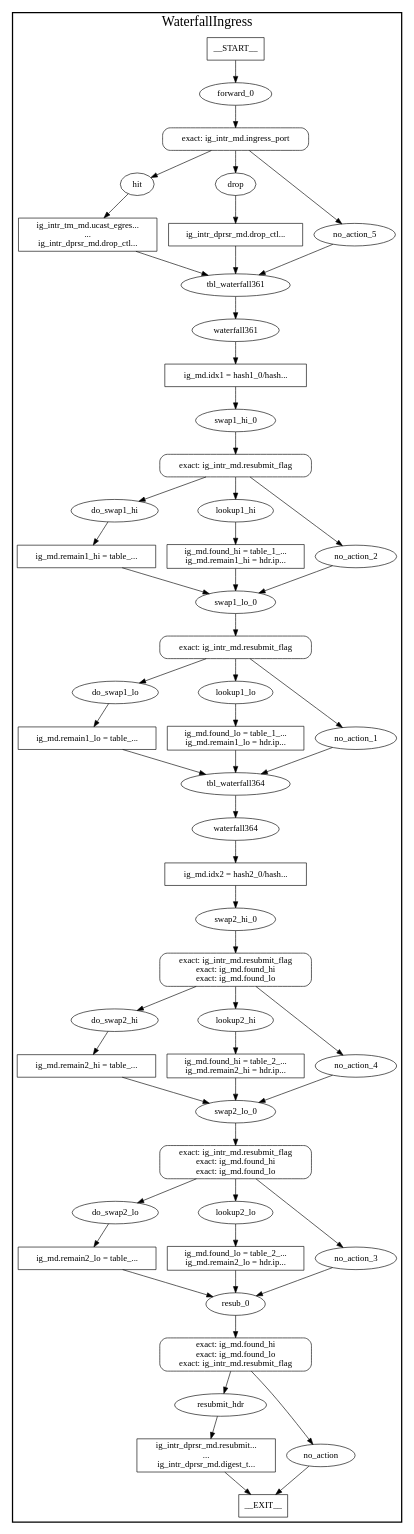
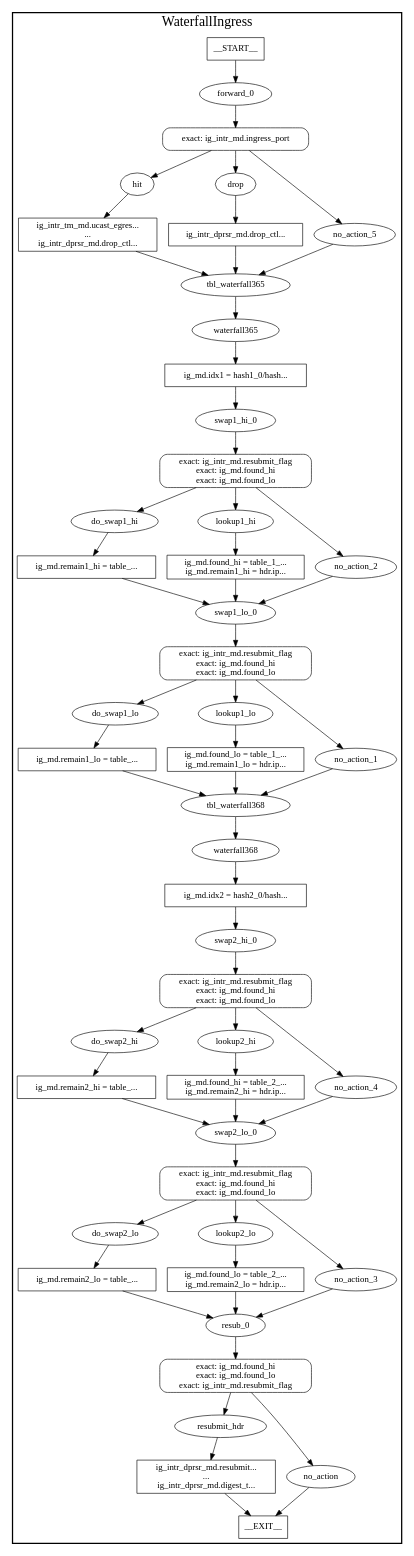
The diagram in waterfall-fcm-srctuple/waterfall_fcm/tofino/pipe/graphs/WaterfallIngress.dot (joepboumans/waterfall-table), drawn with Graphviz before and after one commit. The commit also changed 36 other files, not shown here.

```diff
--- a/waterfall-fcm-srctuple/waterfall_fcm/tofino/pipe/graphs/WaterfallIngress.dot
+++ b/waterfall-fcm-srctuple/waterfall_fcm/tofino/pipe/graphs/WaterfallIngress.dot
@@ -1,112 +1,112 @@
 digraph WaterfallIngress {
 subgraph cluster {
 graph [
 fontsize="22pt", label=WaterfallIngress, style=bold];
 0[label=__START__, margin="", shape=rectangle, style=solid];
 1[label=__EXIT__, margin="", shape=rectangle, style=solid];
 2[label=forward_0, margin="", shape=ellipse, style=solid];
 3[label="exact: ig_intr_md.ingress_port\n", margin="", shape=rectangle, style=rounded];
 4[label=hit, margin="", shape=ellipse, style=solid];
 5[label="ig_intr_tm_md.ucast_egres...\n...\nig_intr_dprsr_md.drop_ctl...", margin="", shape=rectangle, style=solid];
 6[label=drop, margin="", shape=ellipse, style=solid];
 7[label="ig_intr_dprsr_md.drop_ctl...", margin="", shape=rectangle, style=solid];
 8[label=no_action_5, margin="", shape=ellipse, style=solid];
-9[label=tbl_waterfall361, margin="", shape=ellipse, style=solid];
-10[label=waterfall361, margin="", shape=ellipse, style=solid];
+9[label=tbl_waterfall365, margin="", shape=ellipse, style=solid];
+10[label=waterfall365, margin="", shape=ellipse, style=solid];
 11[label="ig_md.idx1 = hash1_0/hash...", margin="", shape=rectangle, style=solid];
 12[label=swap1_hi_0, margin="", shape=ellipse, style=solid];
-13[label="exact: ig_intr_md.resubmit_flag\n", margin="", shape=rectangle, style=rounded];
+13[label="exact: ig_intr_md.resubmit_flag\nexact: ig_md.found_hi\nexact: ig_md.found_lo\n", margin="", shape=rectangle, style=rounded];
 14[label=do_swap1_hi, margin="", shape=ellipse, style=solid];
 15[label="ig_md.remain1_hi = table_...", margin="", shape=rectangle, style=solid];
 16[label=lookup1_hi, margin="", shape=ellipse, style=solid];
 17[label="ig_md.found_hi = table_1_...\nig_md.remain1_hi = hdr.ip...", margin="", shape=rectangle, style=solid];
 18[label=no_action_2, margin="", shape=ellipse, style=solid];
 19[label=swap1_lo_0, margin="", shape=ellipse, style=solid];
-20[label="exact: ig_intr_md.resubmit_flag\n", margin="", shape=rectangle, style=rounded];
+20[label="exact: ig_intr_md.resubmit_flag\nexact: ig_md.found_hi\nexact: ig_md.found_lo\n", margin="", shape=rectangle, style=rounded];
 21[label=do_swap1_lo, margin="", shape=ellipse, style=solid];
 22[label="ig_md.remain1_lo = table_...", margin="", shape=rectangle, style=solid];
 23[label=lookup1_lo, margin="", shape=ellipse, style=solid];
 24[label="ig_md.found_lo = table_1_...\nig_md.remain1_lo = hdr.ip...", margin="", shape=rectangle, style=solid];
 25[label=no_action_1, margin="", shape=ellipse, style=solid];
-26[label=tbl_waterfall364, margin="", shape=ellipse, style=solid];
-27[label=waterfall364, margin="", shape=ellipse, style=solid];
+26[label=tbl_waterfall368, margin="", shape=ellipse, style=solid];
+27[label=waterfall368, margin="", shape=ellipse, style=solid];
 28[label="ig_md.idx2 = hash2_0/hash...", margin="", shape=rectangle, style=solid];
 29[label=swap2_hi_0, margin="", shape=ellipse, style=solid];
 30[label="exact: ig_intr_md.resubmit_flag\nexact: ig_md.found_hi\nexact: ig_md.found_lo\n", margin="", shape=rectangle, style=rounded];
 31[label=do_swap2_hi, margin="", shape=ellipse, style=solid];
 32[label="ig_md.remain2_hi = table_...", margin="", shape=rectangle, style=solid];
 33[label=lookup2_hi, margin="", shape=ellipse, style=solid];
 34[label="ig_md.found_hi = table_2_...\nig_md.remain2_hi = hdr.ip...", margin="", shape=rectangle, style=solid];
 35[label=no_action_4, margin="", shape=ellipse, style=solid];
 36[label=swap2_lo_0, margin="", shape=ellipse, style=solid];
 37[label="exact: ig_intr_md.resubmit_flag\nexact: ig_md.found_hi\nexact: ig_md.found_lo\n", margin="", shape=rectangle, style=rounded];
 38[label=do_swap2_lo, margin="", shape=ellipse, style=solid];
 39[label="ig_md.remain2_lo = table_...", margin="", shape=rectangle, style=solid];
 40[label=lookup2_lo, margin="", shape=ellipse, style=solid];
 41[label="ig_md.found_lo = table_2_...\nig_md.remain2_lo = hdr.ip...", margin="", shape=rectangle, style=solid];
 42[label=no_action_3, margin="", shape=ellipse, style=solid];
 43[label=resub_0, margin="", shape=ellipse, style=solid];
 44[label="exact: ig_md.found_hi\nexact: ig_md.found_lo\nexact: ig_intr_md.resubmit_flag\n", margin="", shape=rectangle, style=rounded];
 45[label=resubmit_hdr, margin="", shape=ellipse, style=solid];
 46[label="ig_intr_dprsr_md.resubmit...\n...\nig_intr_dprsr_md.digest_t...", margin="", shape=rectangle, style=solid];
 47[label=no_action, margin="", shape=ellipse, style=solid];
 0 -> 2[label=""];
 2 -> 3[label=""];
 3 -> 4[label=""];
 3 -> 6[label=""];
 3 -> 8[label=""];
 4 -> 5[label=""];
 5 -> 9[label=""];
 6 -> 7[label=""];
 7 -> 9[label=""];
 8 -> 9[label=""];
 9 -> 10[label=""];
 10 -> 11[label=""];
 11 -> 12[label=""];
 12 -> 13[label=""];
 13 -> 14[label=""];
 13 -> 16[label=""];
 13 -> 18[label=""];
 14 -> 15[label=""];
 15 -> 19[label=""];
 16 -> 17[label=""];
 17 -> 19[label=""];
 18 -> 19[label=""];
 19 -> 20[label=""];
 20 -> 21[label=""];
 20 -> 23[label=""];
 20 -> 25[label=""];
 21 -> 22[label=""];
 22 -> 26[label=""];
 23 -> 24[label=""];
 24 -> 26[label=""];
 25 -> 26[label=""];
 26 -> 27[label=""];
 27 -> 28[label=""];
 28 -> 29[label=""];
 29 -> 30[label=""];
 30 -> 31[label=""];
 30 -> 33[label=""];
 30 -> 35[label=""];
 31 -> 32[label=""];
 32 -> 36[label=""];
 33 -> 34[label=""];
 34 -> 36[label=""];
 35 -> 36[label=""];
 36 -> 37[label=""];
 37 -> 38[label=""];
 37 -> 40[label=""];
 37 -> 42[label=""];
 38 -> 39[label=""];
 39 -> 43[label=""];
 40 -> 41[label=""];
 41 -> 43[label=""];
 42 -> 43[label=""];
 43 -> 44[label=""];
 44 -> 45[label=""];
 44 -> 47[label=""];
 45 -> 46[label=""];
 46 -> 1[label=""];
 47 -> 1[label=""];
 }
 }
```
